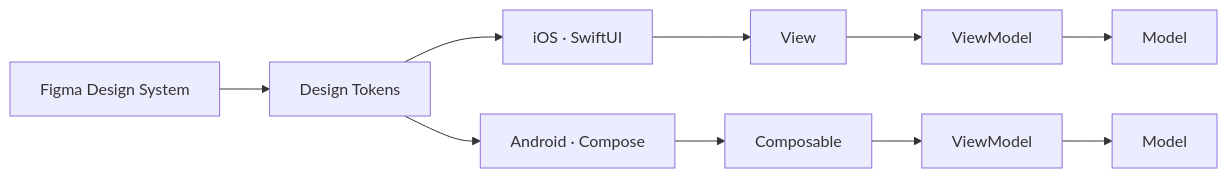
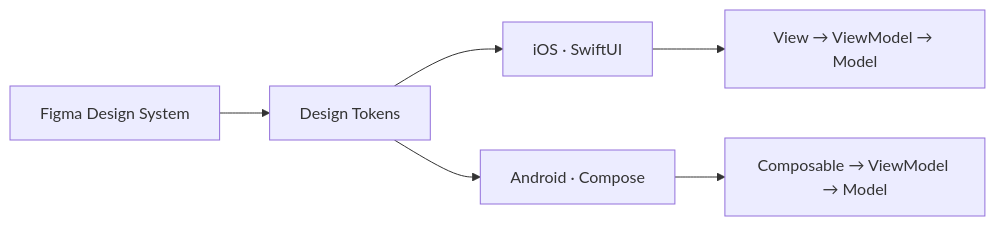
Before and after one commit to karsirdev/karsirdev: the diagram in README.md, drawn with Mermaid. The commit also changed other lines of this file, not shown here.

````diff
--- a/README.md
+++ b/README.md
@@ -82,8 +85,8 @@
 ```mermaid
 flowchart LR
     F[Figma Design System] --> T[Design Tokens]
     T --> I[iOS · SwiftUI]
     T --> A[Android · Compose]
-    I --> V1[View] --> VM1[ViewModel] --> M1[Model]
-    A --> V2[Composable] --> VM2[ViewModel] --> M2[Model]
+    I --> VM1[View → ViewModel → Model]
+    A --> VM2[Composable → ViewModel → Model]
 ```
````
